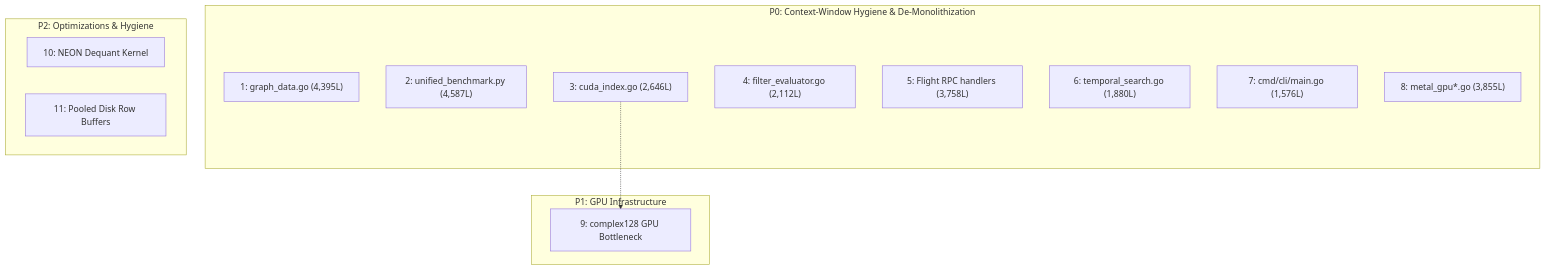
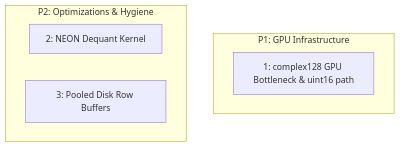
The diagram in docs/roadmap.md (23skdu/longbow), drawn with Mermaid before and after one commit. The commit also changed other lines of this file, not shown here.

Commit message:
docs(roadmap): mark P0 de-monolithization items as completed

````diff
--- a/docs/roadmap.md
+++ b/docs/roadmap.md
@@ -24,21 +16,10 @@
 ```mermaid
 graph TD
-    subgraph P0["P0: Context-Window Hygiene & De-Monolithization"]
-        P0_1["1: graph_data.go (4,395L)"]
-        P0_2["2: unified_benchmark.py (4,587L)"]
-        P0_3["3: cuda_index.go (2,646L)"]
-        P0_4["4: filter_evaluator.go (2,112L)"]
-        P0_5["5: Flight RPC handlers (3,758L)"]
-        P0_6["6: temporal_search.go (1,880L)"]
-        P0_7["7: cmd/cli/main.go (1,576L)"]
-        P0_8["8: metal_gpu*.go (3,855L)"]
-    end
     subgraph P1["P1: GPU Infrastructure"]
-        I9["9: complex128 GPU Bottleneck"]
+        I1["1: complex128 GPU Bottleneck & uint16 path"]
     end
     subgraph P2["P2: Optimizations & Hygiene"]
-        I10["10: NEON Dequant Kernel"]
-        I11["11: Pooled Disk Row Buffers"]
+        I2["2: NEON Dequant Kernel"]
+        I3["3: Pooled Disk Row Buffers"]
     end
-    P0_3 -.-> I9
 ```
````
